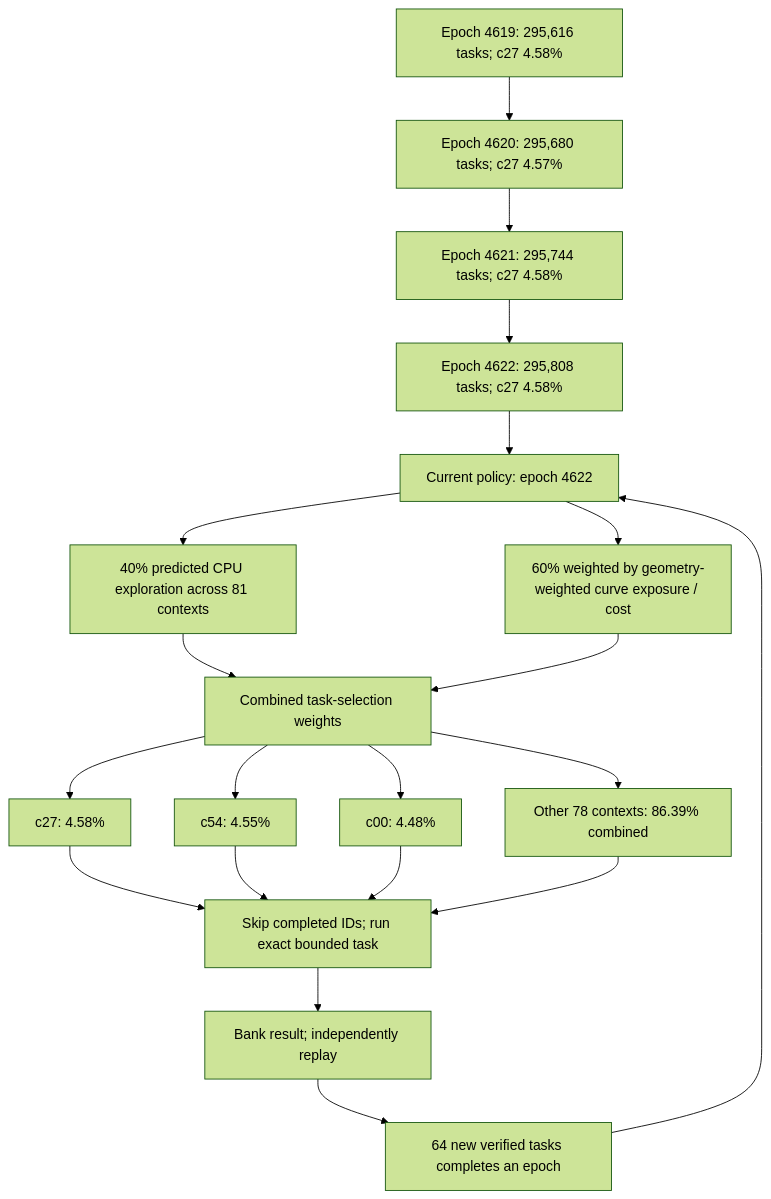
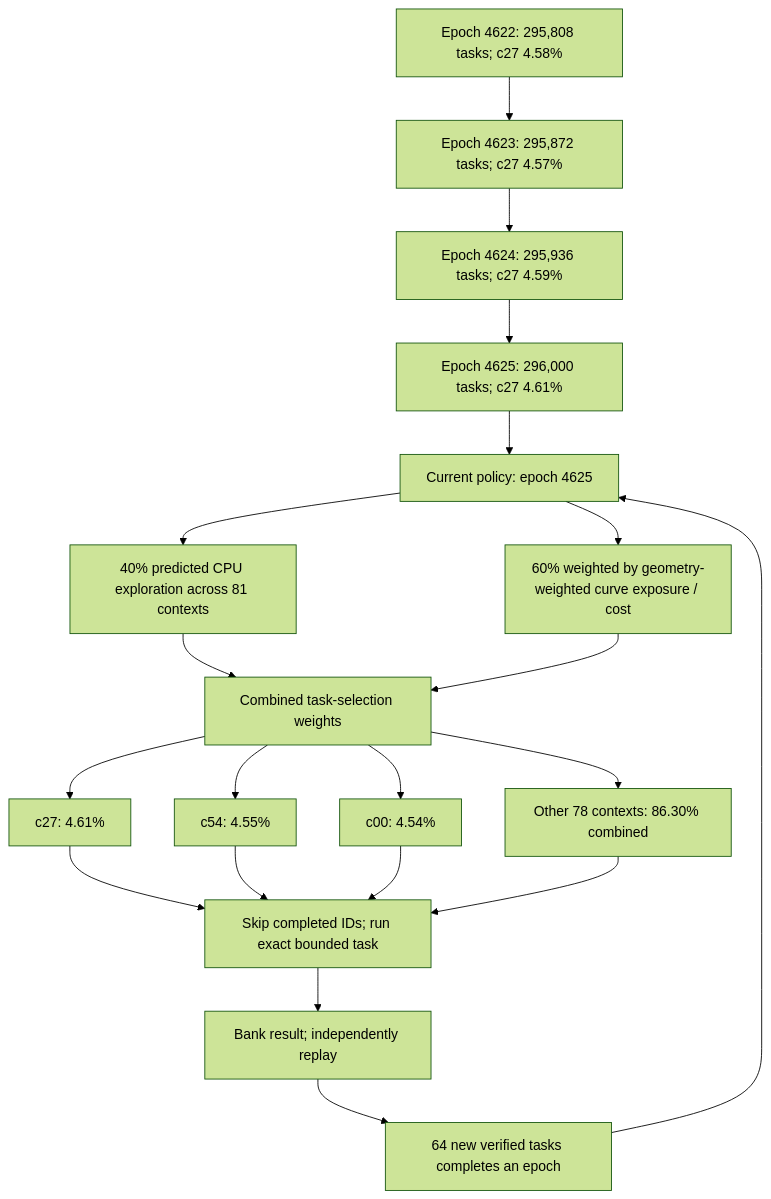
The first of 3 diagrams in README.md (Kuberwastaken/math-gambling), drawn with Mermaid (forest theme) before and after one commit. The commit also changed other lines of this file and 2120 other files, not shown here.

````diff
--- a/README.md
+++ b/README.md
@@ -60,27 +60,27 @@
 ```mermaid
 flowchart TD
-    H0["Epoch 4619: 295,616 tasks; c27 4.58%"]
-    H1["Epoch 4620: 295,680 tasks; c27 4.57%"]
+    H0["Epoch 4622: 295,808 tasks; c27 4.58%"]
+    H1["Epoch 4623: 295,872 tasks; c27 4.57%"]
     H0 --> H1
-    H2["Epoch 4621: 295,744 tasks; c27 4.58%"]
+    H2["Epoch 4624: 295,936 tasks; c27 4.59%"]
     H1 --> H2
-    H3["Epoch 4622: 295,808 tasks; c27 4.58%"]
+    H3["Epoch 4625: 296,000 tasks; c27 4.61%"]
     H2 --> H3
-    Policy["Current policy: epoch 4622"]
+    Policy["Current policy: epoch 4625"]
     H3 --> Policy
     Policy --> Explore["40% predicted CPU exploration across 81 contexts"]
     Policy --> Cost["60% weighted by geometry-weighted curve exposure / cost"]
     Explore --> Mix["Combined task-selection weights"]
     Cost --> Mix
-    Mix --> C0["c27: 4.58%"]
+    Mix --> C0["c27: 4.61%"]
     Mix --> C1["c54: 4.55%"]
-    Mix --> C2["c00: 4.48%"]
-    Mix --> Rest["Other 78 contexts: 86.39% combined"]
+    Mix --> C2["c00: 4.54%"]
+    Mix --> Rest["Other 78 contexts: 86.30% combined"]
     C0 --> Check["Skip completed IDs; run exact bounded task"]
     C1 --> Check
     C2 --> Check
     Rest --> Check
     Check --> Replay["Bank result; independently replay"]
     Replay --> Gate["64 new verified tasks completes an epoch"]
     Gate --> Policy
 ```
````
